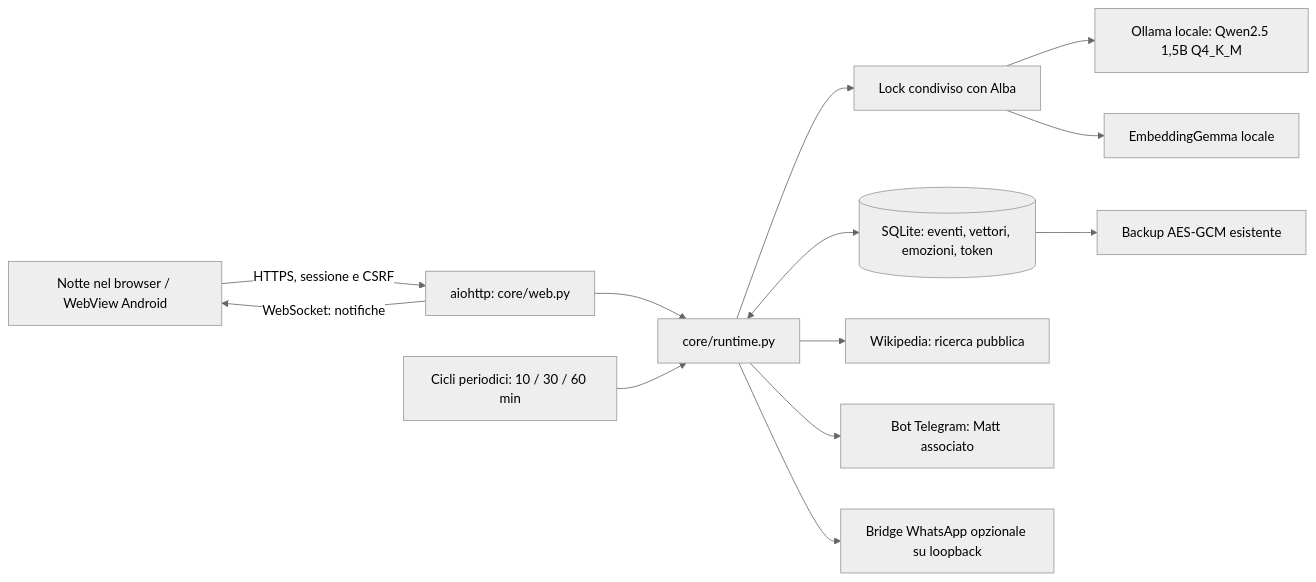
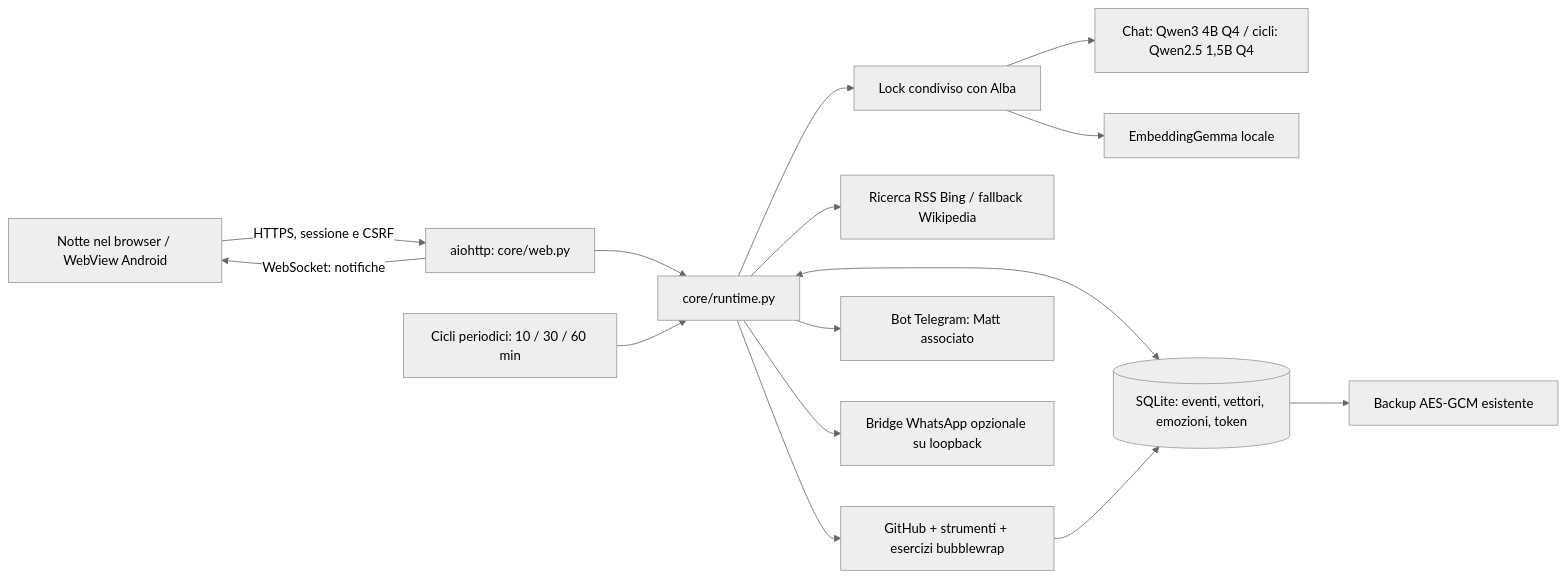
Before and after one commit to Dvlce/alba-tramonto: the diagram in docs/ALBA_CORE.md, drawn with Mermaid (neutral theme). The commit also changed other lines of this file and 16 other files, not shown here.

````diff
--- a/docs/ALBA_CORE.md
+++ b/docs/ALBA_CORE.md
@@ -7,15 +7,17 @@
 ```mermaid
 flowchart LR
     Browser[Notte nel browser / WebView Android] -->|HTTPS, sessione e CSRF| API[aiohttp: core/web.py]
     API --> Core[core/runtime.py]
     Clock[Cicli periodici: 10 / 30 / 60 min] --> Core
     Core --> Lock[Lock condiviso con Alba]
-    Lock --> LLM[Ollama locale: Qwen2.5 1,5B Q4_K_M]
+    Lock --> LLM[Chat: Qwen3 4B Q4 / cicli: Qwen2.5 1,5B Q4]
     Lock --> Embed[EmbeddingGemma locale]
     Core <--> SQLite[(SQLite: eventi, vettori, emozioni, token)]
-    Core --> Wiki[Wikipedia: ricerca pubblica]
+    Core --> Web[Ricerca RSS Bing / fallback Wikipedia]
+    Core --> Lab[GitHub + strumenti + esercizi bubblewrap]
+    Lab --> SQLite
     Core --> Telegram[Bot Telegram: Matt associato]
     Core --> Bridge[Bridge WhatsApp opzionale su loopback]
     SQLite --> Backup[Backup AES-GCM esistente]
     API -->|WebSocket: notifiche| Browser
 ```
````
